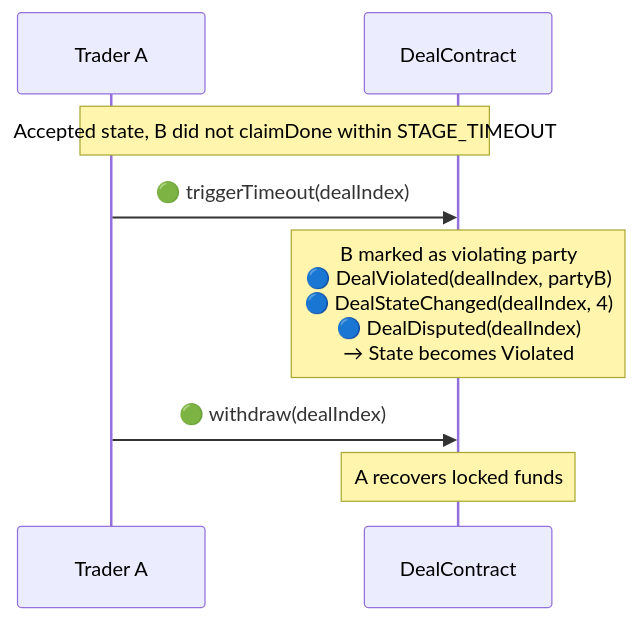
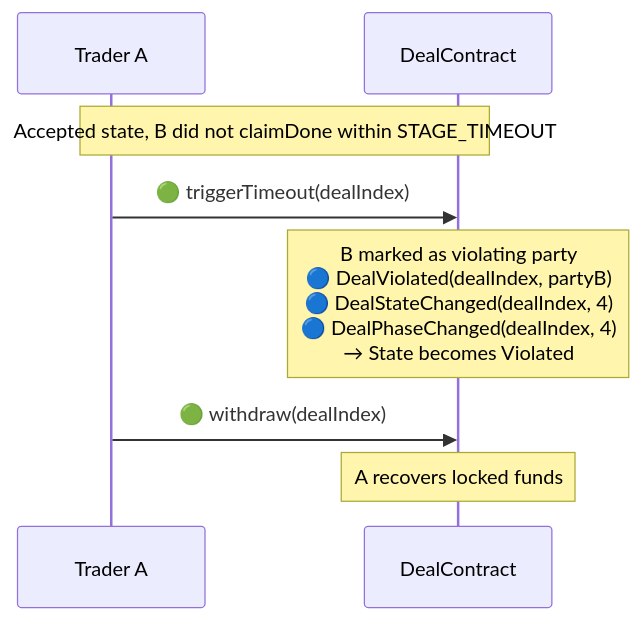
Before and after one commit to synctxai/synctx: the fourth of 9 diagrams in examples/x-quote/x-quote-design.md, drawn with Mermaid. The commit also changed other lines of this file and 1 other file, not shown here.

First line of the commit message:
refactor: simplify DealBase and update x-quote design doc

````diff
--- a/examples/x-quote/x-quote-design.md
+++ b/examples/x-quote/x-quote-design.md
@@ -338,11 +328,11 @@
 ```mermaid
 sequenceDiagram
     participant A as Trader A
     participant D as DealContract
 
     Note over A,D: Accepted state, B did not claimDone within STAGE_TIMEOUT
     A->>D: 🟢 triggerTimeout(dealIndex)
-    Note over D: B marked as violating party<br/>🔵 DealViolated(dealIndex, partyB)<br/>🔵 DealStateChanged(dealIndex, 4)<br/>🔵 DealDisputed(dealIndex)<br/>→ State becomes Violated
+    Note over D: B marked as violating party<br/>🔵 DealViolated(dealIndex, partyB)<br/>🔵 DealStateChanged(dealIndex, 4)<br/>🔵 DealPhaseChanged(dealIndex, 4)<br/>→ State becomes Violated
     A->>D: 🟢 withdraw(dealIndex)
     Note over D: A recovers locked funds
 ```
````
